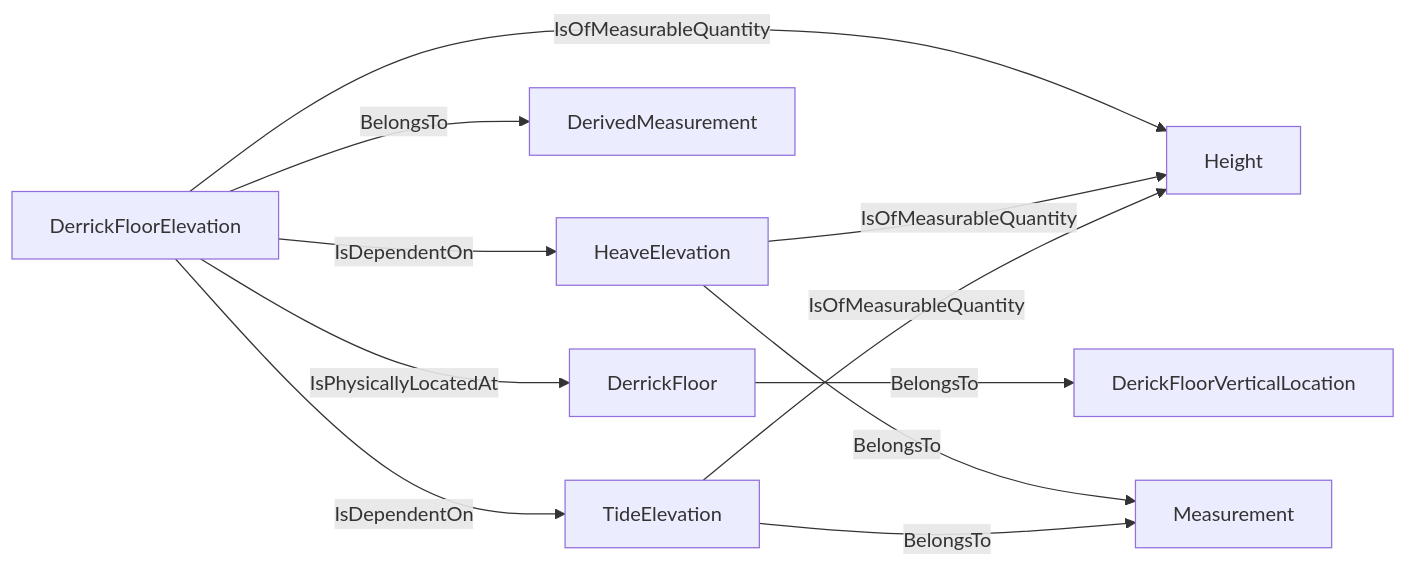
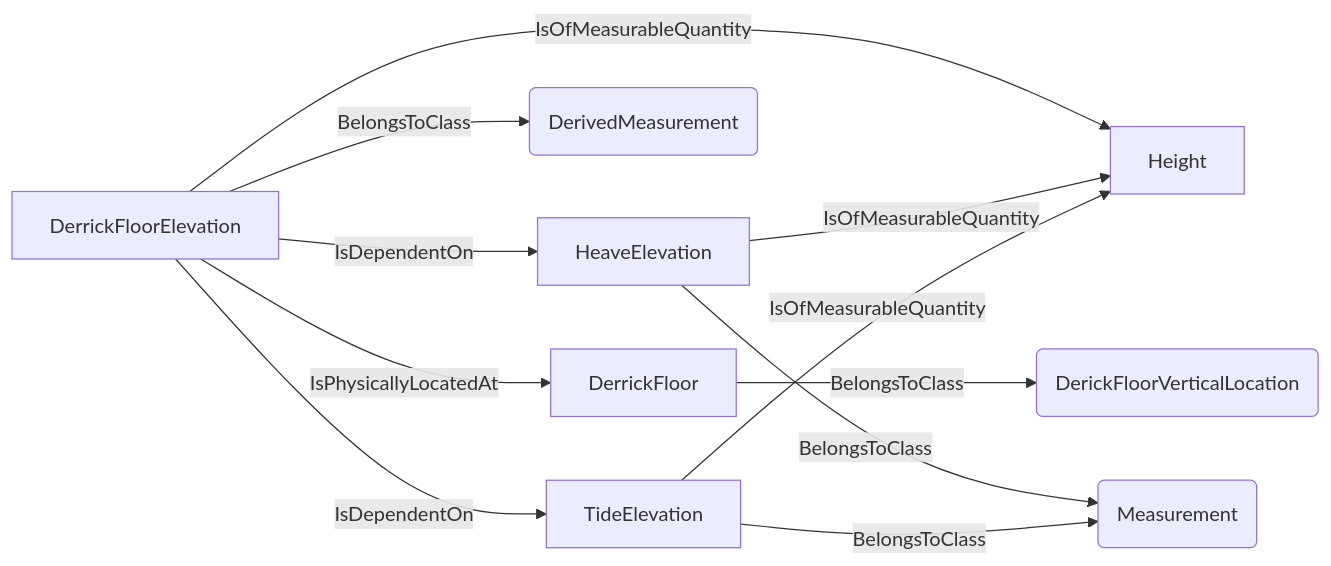
Before and after one commit to D-WIS/DDHub-Semantic-Interoperability: the third of 6 diagrams in docs/vocabulary_development/auto-generated/md/definition-files/DataDependencies.md, drawn with Mermaid. The commit also changed other lines of this file and 10 other files, not shown here.

````diff
--- a/docs/vocabulary_development/auto-generated/md/definition-files/DataDependencies.md
+++ b/docs/vocabulary_development/auto-generated/md/definition-files/DataDependencies.md
@@ -47,13 +47,13 @@
 ```mermaid
 graph LR
-	N0000[DerrickFloor] -->|BelongsTo| N0001[DerickFloorVerticalLocation] 
-	N0002[DerrickFloorElevation] -->|BelongsTo| N0003[DerivedMeasurement] 
-	N0004[HeaveElevation] -->|BelongsTo| N0005[Measurement] 
-	N0006[TideElevation] -->|BelongsTo| N0005[Measurement] 
+	N0000[DerrickFloor] -->|BelongsToClass| N0001(DerickFloorVerticalLocation) 
+	N0002[DerrickFloorElevation] -->|BelongsToClass| N0003(DerivedMeasurement) 
+	N0004[HeaveElevation] -->|BelongsToClass| N0005(Measurement) 
+	N0006[TideElevation] -->|BelongsToClass| N0005(Measurement) 
 	N0002[DerrickFloorElevation] -->|IsOfMeasurableQuantity| N0007[Height] 
 	N0002[DerrickFloorElevation] -->|IsPhysicallyLocatedAt| N0000[DerrickFloor] 
 	N0004[HeaveElevation] -->|IsOfMeasurableQuantity| N0007[Height] 
 	N0006[TideElevation] -->|IsOfMeasurableQuantity| N0007[Height] 
 	N0002[DerrickFloorElevation] -->|IsDependentOn| N0004[HeaveElevation] 
 	N0002[DerrickFloorElevation] -->|IsDependentOn| N0006[TideElevation] 
 ```
````
